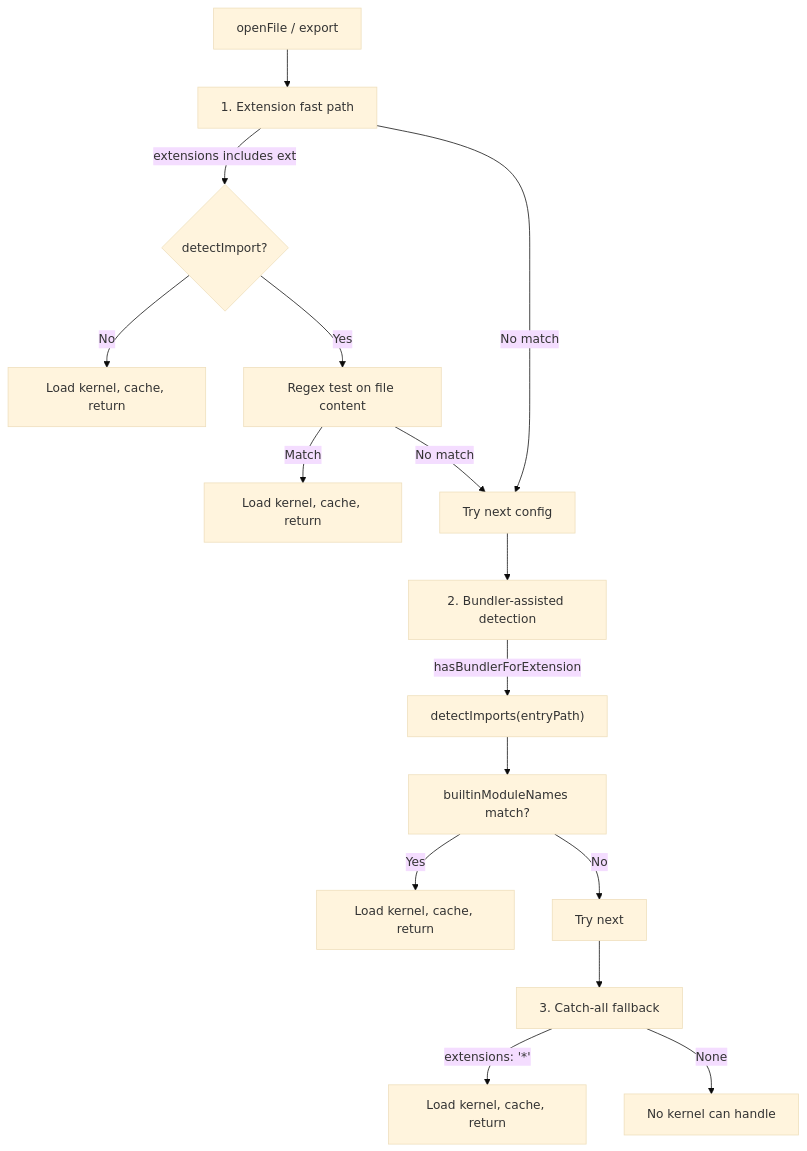
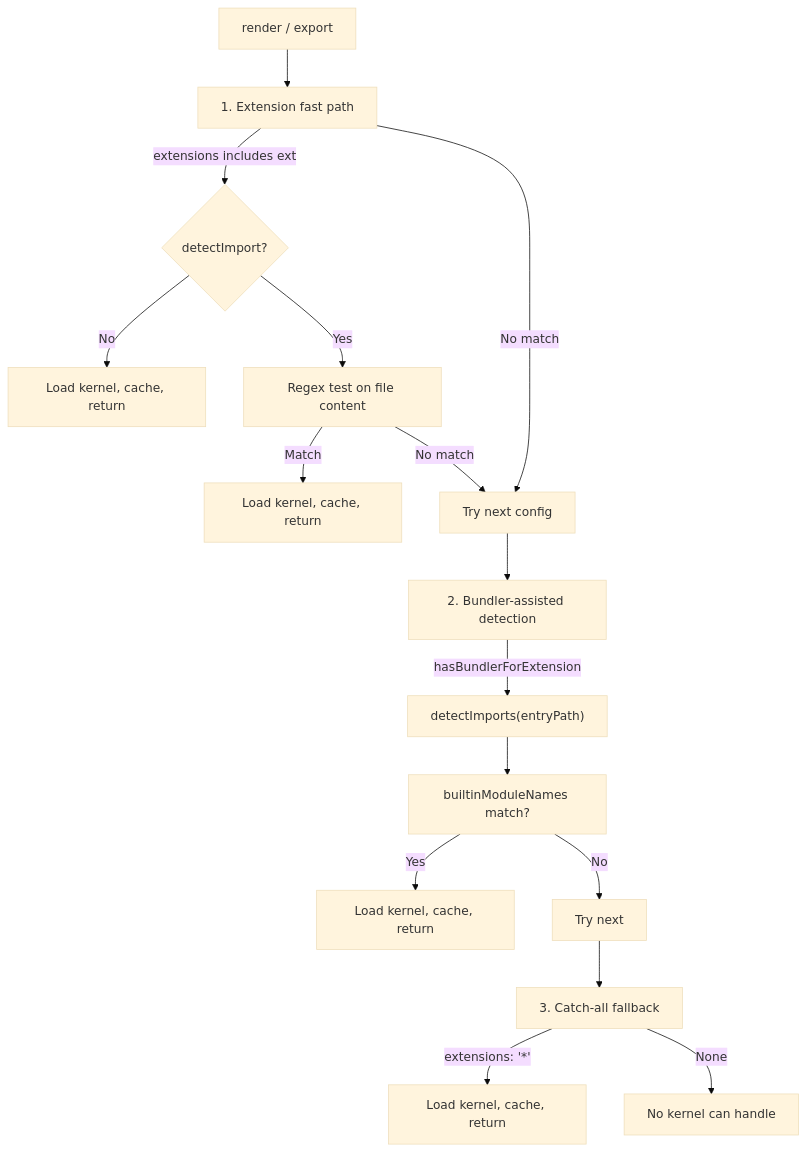
One commit to taucad/tau changed the diagram in apps/ui/content/docs/runtime/concepts/kernel-selection.mdx. Above: the diagram before and after it, drawn with Mermaid (base theme). The commit also changed other lines of this file and 18 other files, not shown here.

````diff
--- a/apps/ui/content/docs/runtime/concepts/kernel-selection.mdx
+++ b/apps/ui/content/docs/runtime/concepts/kernel-selection.mdx
@@ -19,20 +19,20 @@
 ```mermaid
 flowchart TD
-    Start["openFile / export"] --> Ext["1. Extension fast path"]
+    Start["render / export"] --> Ext["1. Extension fast path"]
     Ext -->|"extensions includes ext"| NoDetect{"detectImport?"}
     NoDetect -->|No| LoadExt["Load kernel, cache, return"]
     NoDetect -->|Yes| Regex["Regex test on file content"]
     Regex -->|Match| LoadRegex["Load kernel, cache, return"]
     Regex -->|No match| Next1["Try next config"]
     Ext -->|No match| Next1
 
     Next1 --> Bundler["2. Bundler-assisted detection"]
     Bundler -->|"hasBundlerForExtension"| Detect["detectImports(entryPath)"]
     Detect --> MatchBuiltin["builtinModuleNames match?"]
     MatchBuiltin -->|Yes| LoadBundler["Load kernel, cache, return"]
     MatchBuiltin -->|No| Next2["Try next"]
 
     Next2 --> CatchAll["3. Catch-all fallback"]
     CatchAll -->|"extensions: '*'"| LoadCatchAll["Load kernel, cache, return"]
     CatchAll -->|None| Fail["No kernel can handle"]
 ```
````
